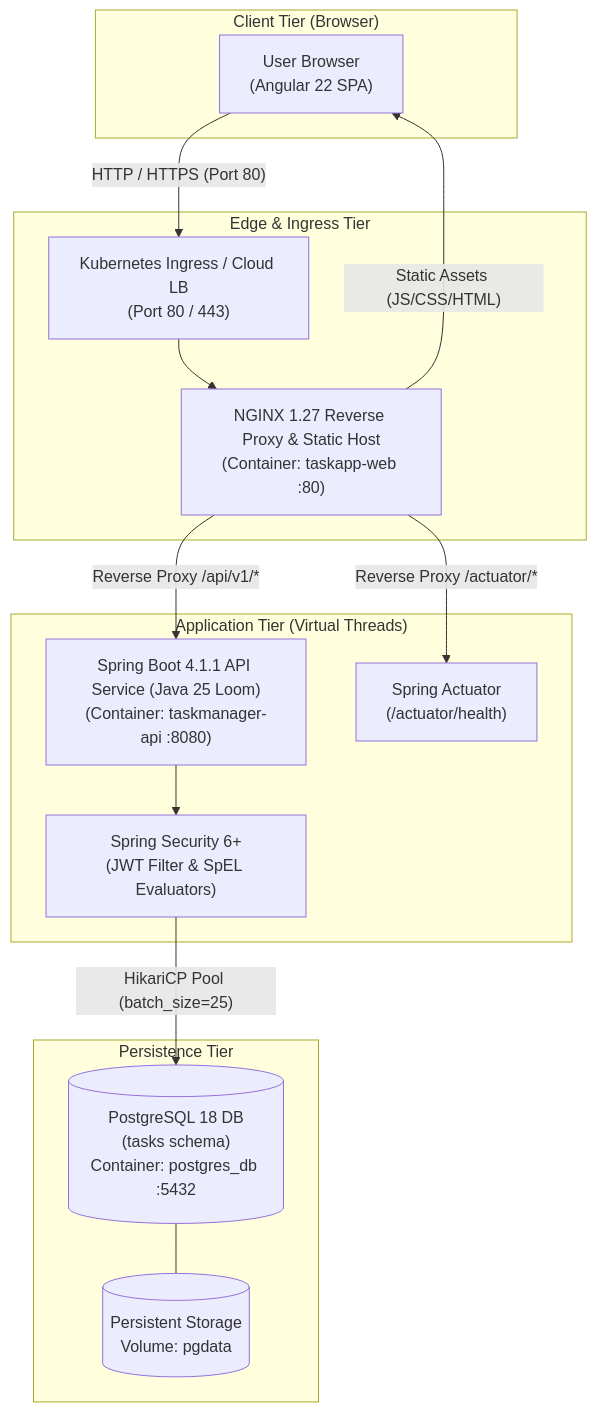
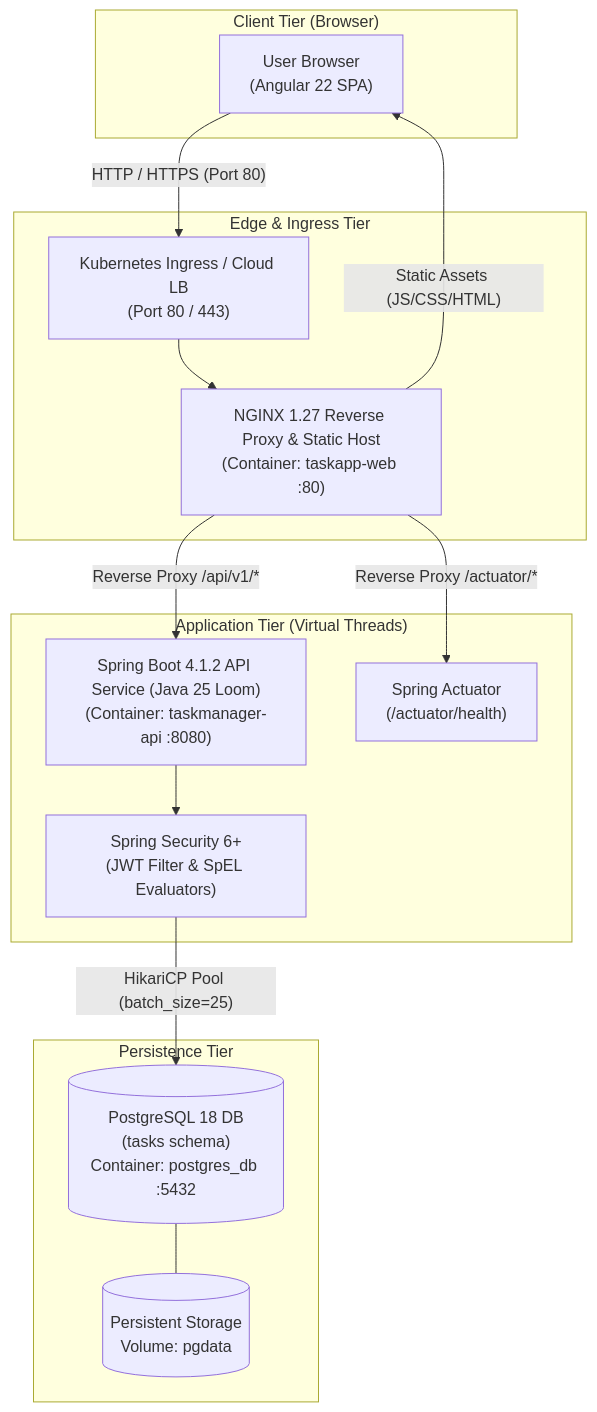
One commit to JeffKernsGitHub/TaskApp changed the first of 4 diagrams in docs/System Design Document.md. Above: the diagram before and after it, drawn with Mermaid. The commit also changed other lines of this file and 5 other files, not shown here.

Commit message:
chore(deps): bump Spring Boot to v4.1.2 and update documentation references

````diff
--- a/docs/System Design Document.md
+++ b/docs/System Design Document.md
@@ -80,31 +80,31 @@
 ```mermaid
 flowchart TD
     subgraph ClientTier ["Client Tier (Browser)"]
         Browser["User Browser\n(Angular 22 SPA)"]
     end
 
     subgraph EdgeTier ["Edge & Ingress Tier"]
         Ingress["Kubernetes Ingress / Cloud LB\n(Port 80 / 443)"]
         Nginx["NGINX 1.27 Reverse Proxy & Static Host\n(Container: taskapp-web :80)"]
     end
 
     subgraph AppTier ["Application Tier (Virtual Threads)"]
-        Backend["Spring Boot 4.1.1 API Service (Java 25 Loom)\n(Container: taskmanager-api :8080)"]
+        Backend["Spring Boot 4.1.2 API Service (Java 25 Loom)\n(Container: taskmanager-api :8080)"]
         Actuator["Spring Actuator\n(/actuator/health)"]
         Security["Spring Security 6+\n(JWT Filter & SpEL Evaluators)"]
     end
 
     subgraph DataTier ["Persistence Tier"]
         Postgres[("PostgreSQL 18 DB\n(tasks schema)\nContainer: postgres_db :5432")]
         Volume[("Persistent Storage\nVolume: pgdata")]
     end
 
     Browser -->|"HTTP / HTTPS (Port 80)"| Ingress
     Ingress --> Nginx
     Nginx -->|"Static Assets (JS/CSS/HTML)"| Browser
     Nginx -->|"Reverse Proxy /api/v1/*"| Backend
     Nginx -->|"Reverse Proxy /actuator/*"| Actuator
     Backend --> Security
     Security -->|"HikariCP Pool (batch_size=25)"| Postgres
     Postgres --- Volume
 ```
````
